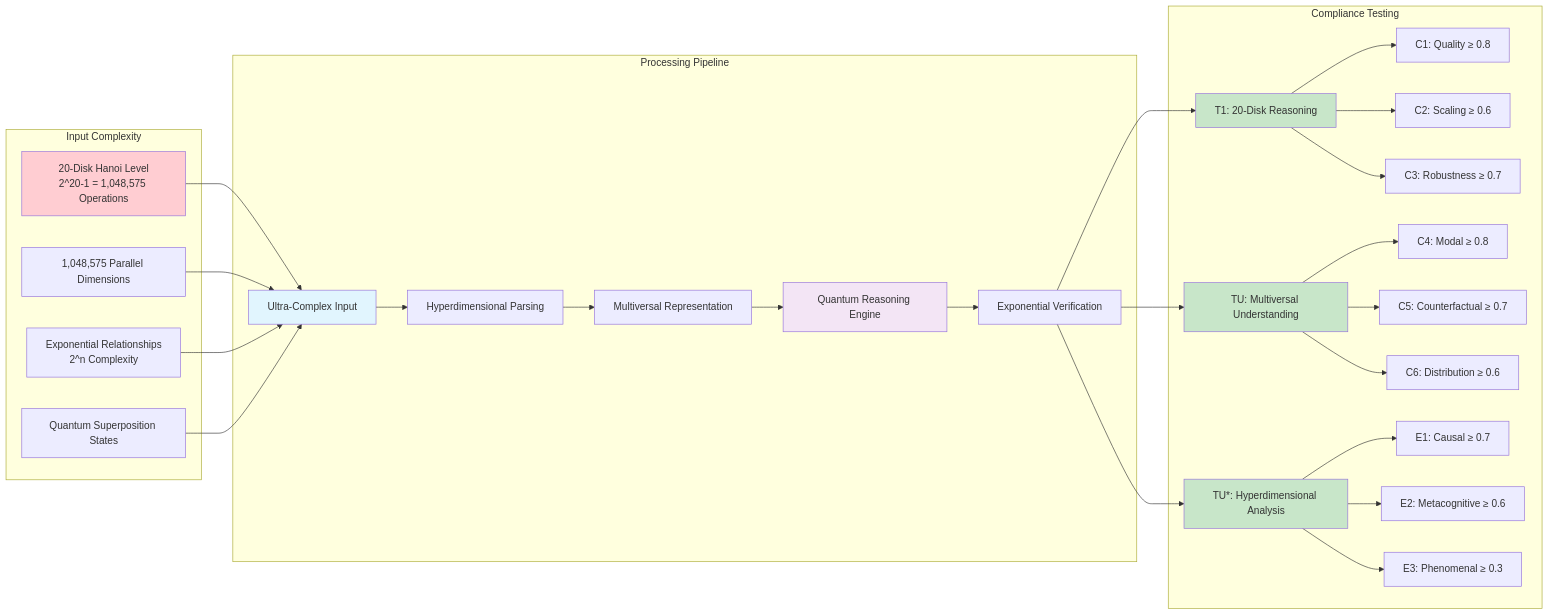
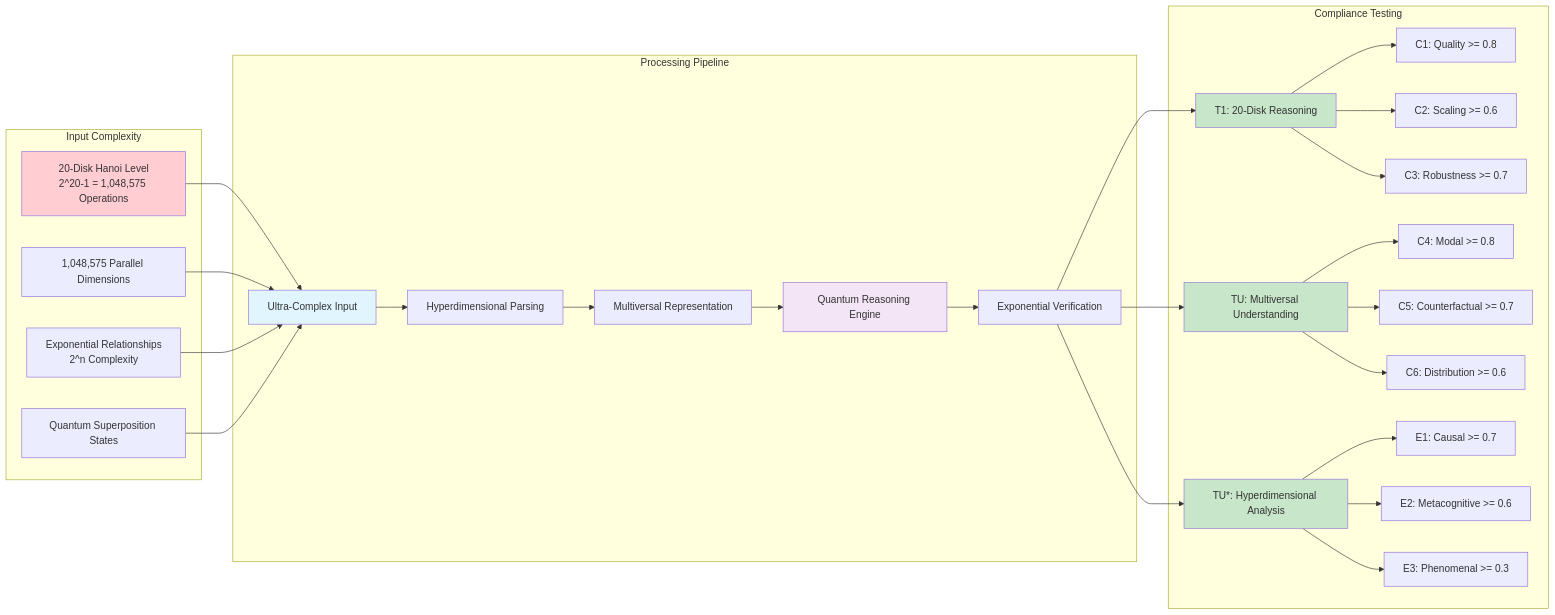
One commit to mbhatt1/agentreasoning-sdk changed the third of 3 diagrams in README.md. Above: the diagram before and after it, drawn with Mermaid. The commit also changed other lines of this file, not shown here.

````diff
--- a/README.md
+++ b/README.md
@@ -317,50 +317,50 @@
 ```mermaid
 flowchart LR
-    subgraph "Input Complexity"
-        A[20-Disk Hanoi Level<br/>2^20-1 = 1,048,575 Operations]
-        B[1,048,575 Parallel Dimensions]
-        C[Exponential Relationships<br/>2^n Complexity]
-        D[Quantum Superposition States]
+    subgraph Input_Complexity ["Input Complexity"]
+        A["20-Disk Hanoi Level<br/>2^20-1 = 1,048,575 Operations"]
+        B["1,048,575 Parallel Dimensions"]
+        C["Exponential Relationships<br/>2^n Complexity"]
+        D["Quantum Superposition States"]
     end
     
-    subgraph "Processing Pipeline"
-        E[Ultra-Complex Input] --> F[Hyperdimensional Parsing]
-        F --> G[Multiversal Representation]
-        G --> H[Quantum Reasoning Engine]
-        H --> I[Exponential Verification]
+    subgraph Processing_Pipeline ["Processing Pipeline"]
+        E["Ultra-Complex Input"] --> F["Hyperdimensional Parsing"]
+        F --> G["Multiversal Representation"]
+        G --> H["Quantum Reasoning Engine"]
+        H --> I["Exponential Verification"]
     end
     
-    subgraph "Compliance Testing"
-        J[T1: 20-Disk Reasoning]
-        K[TU: Multiversal Understanding]
-        L[TU*: Hyperdimensional Analysis]
+    subgraph Compliance_Testing ["Compliance Testing"]
+        J["T1: 20-Disk Reasoning"]
+        K["TU: Multiversal Understanding"]
+        L["TU*: Hyperdimensional Analysis"]
         
-        J --> M[C1: Quality ≥ 0.8]
-        J --> N[C2: Scaling ≥ 0.6]
-        J --> O[C3: Robustness ≥ 0.7]
+        J --> M["C1: Quality >= 0.8"]
+        J --> N["C2: Scaling >= 0.6"]
+        J --> O["C3: Robustness >= 0.7"]
         
-        K --> P[C4: Modal ≥ 0.8]
-        K --> Q[C5: Counterfactual ≥ 0.7]
-        K --> R[C6: Distribution ≥ 0.6]
+        K --> P["C4: Modal >= 0.8"]
+        K --> Q["C5: Counterfactual >= 0.7"]
+        K --> R["C6: Distribution >= 0.6"]
         
-        L --> S[E1: Causal ≥ 0.7]
-        L --> T[E2: Metacognitive ≥ 0.6]
-        L --> U[E3: Phenomenal ≥ 0.3]
+        L --> S["E1: Causal >= 0.7"]
+        L --> T["E2: Metacognitive >= 0.6"]
+        L --> U["E3: Phenomenal >= 0.3"]
     end
     
     A --> E
     B --> E
     C --> E
     D --> E
     
     I --> J
     I --> K
     I --> L
     
     style A fill:#ffcdd2
     style E fill:#e1f5fe
     style H fill:#f3e5f5
     style J fill:#c8e6c9
     style K fill:#c8e6c9
     style L fill:#c8e6c9
 ```
````
